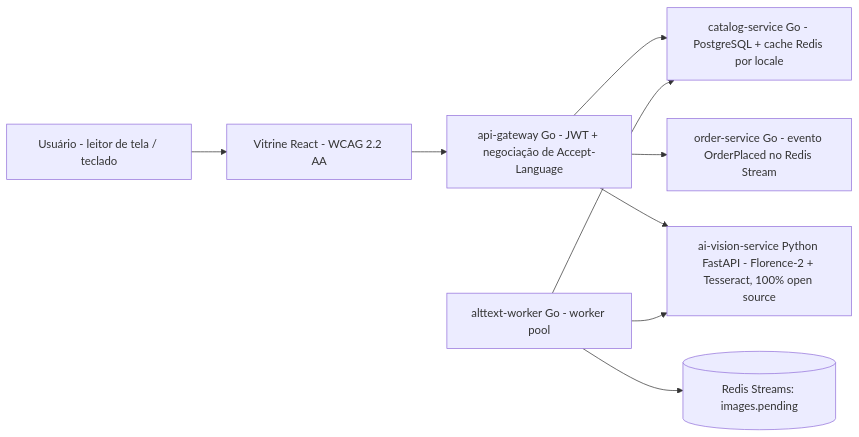
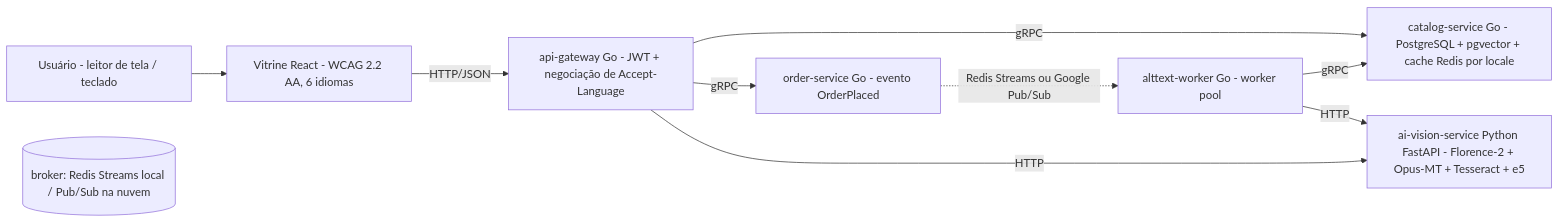
Before and after one commit to eliezer-tavares/vitrine-que-fala: the diagram in README.pt-BR.md, drawn with Mermaid. The commit also changed other lines of this file and 86 other files, not shown here.

Commit message:
feat: v2.0 - six locales as data, gRPC mesh, Pub/Sub broker, pgvector semantic search, k6, observability

````diff
--- a/README.pt-BR.md
+++ b/README.pt-BR.md
@@ -34,11 +35,12 @@
 ```mermaid
 flowchart LR
-  U[Usuário - leitor de tela / teclado] --> W[Vitrine React - WCAG 2.2 AA]
-  W --> G[api-gateway Go - JWT + negociação de Accept-Language]
-  G --> C[catalog-service Go - PostgreSQL + cache Redis por locale]
-  G --> O[order-service Go - evento OrderPlaced no Redis Stream]
-  G --> A[ai-vision-service Python FastAPI - Florence-2 + Tesseract, 100% open source]
-  WK[alttext-worker Go - worker pool] --> A
-  WK --> R[(Redis Streams: images.pending)]
-  WK --> C
+  U[Usuário - leitor de tela / teclado] --> W[Vitrine React - WCAG 2.2 AA, 6 idiomas]
+  W -- HTTP/JSON --> G[api-gateway Go - JWT + negociação de Accept-Language]
+  G -- gRPC --> C[catalog-service Go - PostgreSQL + pgvector + cache Redis por locale]
+  G -- gRPC --> O[order-service Go - evento OrderPlaced]
+  G -- HTTP --> A[ai-vision-service Python FastAPI - Florence-2 + Opus-MT + Tesseract + e5]
+  WK[alttext-worker Go - worker pool] -- gRPC --> C
+  WK -- HTTP --> A
+  O -. Redis Streams ou Google Pub/Sub .-> WK
+  R[(broker: Redis Streams local / Pub/Sub na nuvem)]
 ```
````
